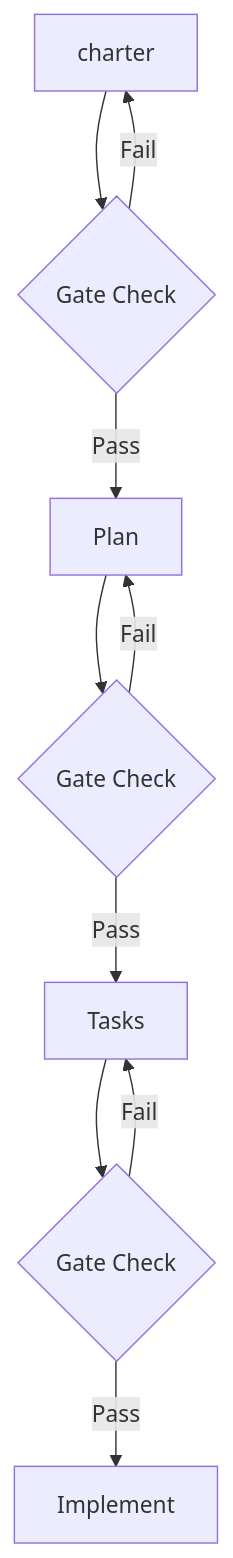
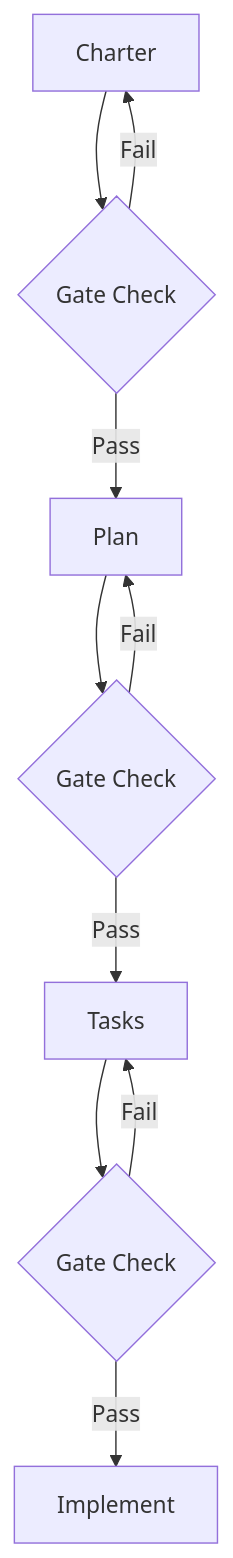
Before and after one commit to ParkWardRR/weekend-to-release: the diagram in src/content/docs/principles/index.md, drawn with Mermaid. The commit also changed 26 other files, not shown here.

Commit message:
docs: rename methodology to ACE and replace charter lexicon

````diff
--- a/src/content/docs/principles/index.md
+++ b/src/content/docs/principles/index.md
@@ -26,12 +26,12 @@
 ```mermaid
 flowchart TD
-    S[charter] --> G1{Gate Check}
+    S[Charter] --> G1{Gate Check}
     G1 -->|Pass| P[Plan]
     G1 -->|Fail| S
     P --> G2{Gate Check}
     G2 -->|Pass| T[Tasks]
     G2 -->|Fail| P
     T --> G3{Gate Check}
     G3 -->|Pass| I[Implement]
     G3 -->|Fail| T
 ```
````
